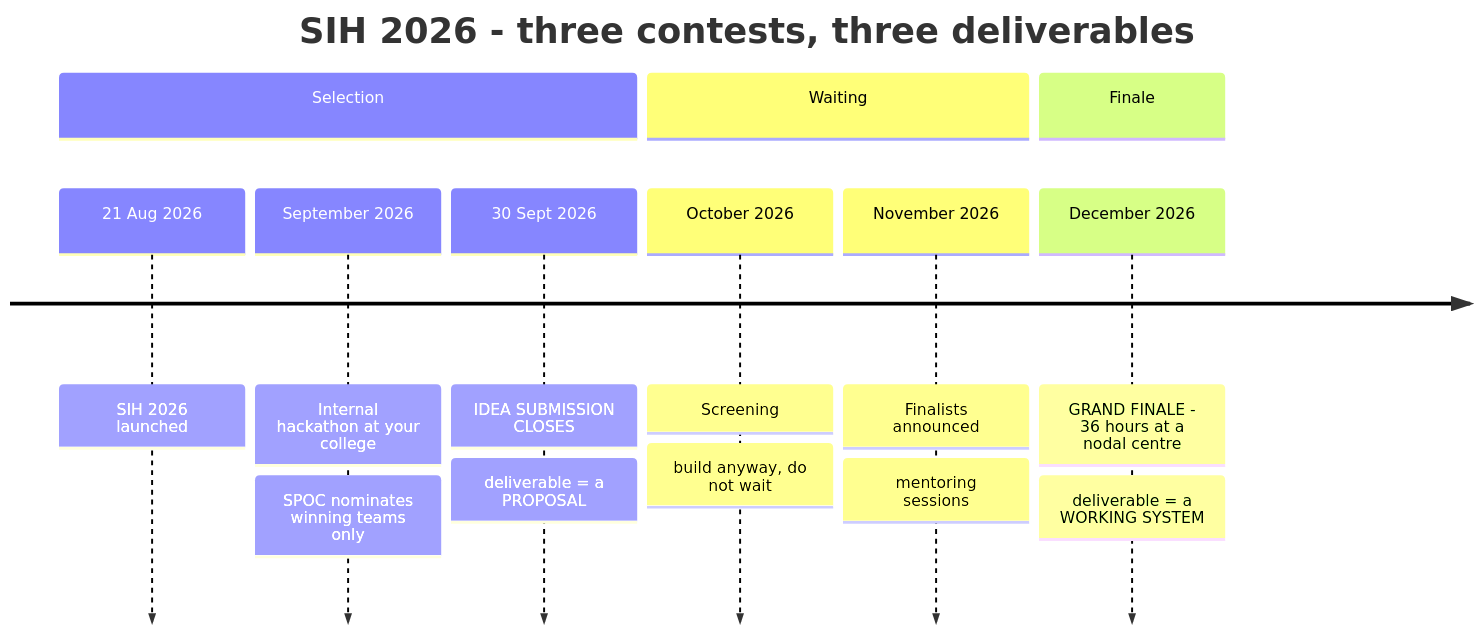
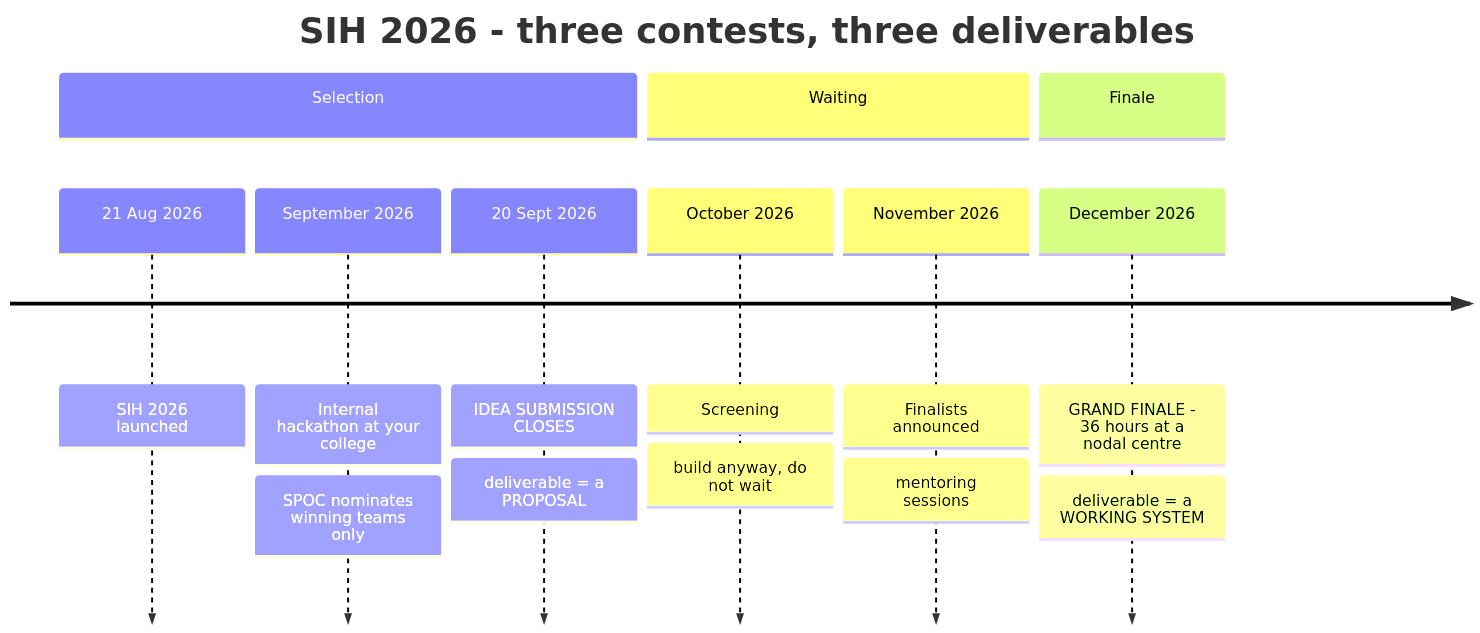
One commit to FrustratedBoy420/SIH changed the first of 5 diagrams in Mridul/PS26073/docs/02_Execution_Plan.md. Above: the diagram before and after it, drawn with Mermaid. The commit also changed other lines of this file and 1 other file, not shown here.

First line of the commit message:
Correct the submission deadline to 20 September and compress Phase A

````diff
--- a/Mridul/PS26073/docs/02_Execution_Plan.md
+++ b/Mridul/PS26073/docs/02_Execution_Plan.md
@@ -9,18 +22,18 @@
 ```mermaid
 timeline
     title SIH 2026 - three contests, three deliverables
     section Selection
         21 Aug 2026 : SIH 2026 launched
         September 2026 : Internal hackathon at your college
                        : SPOC nominates winning teams only
-        30 Sept 2026 : IDEA SUBMISSION CLOSES
+        20 Sept 2026 : IDEA SUBMISSION CLOSES
                      : deliverable = a PROPOSAL
     section Waiting
         October 2026 : Screening
                      : build anyway, do not wait
         November 2026 : Finalists announced
                       : mentoring sessions
     section Finale
         December 2026 : GRAND FINALE - 36 hours at a nodal centre
                       : deliverable = a WORKING SYSTEM
 ```
````
